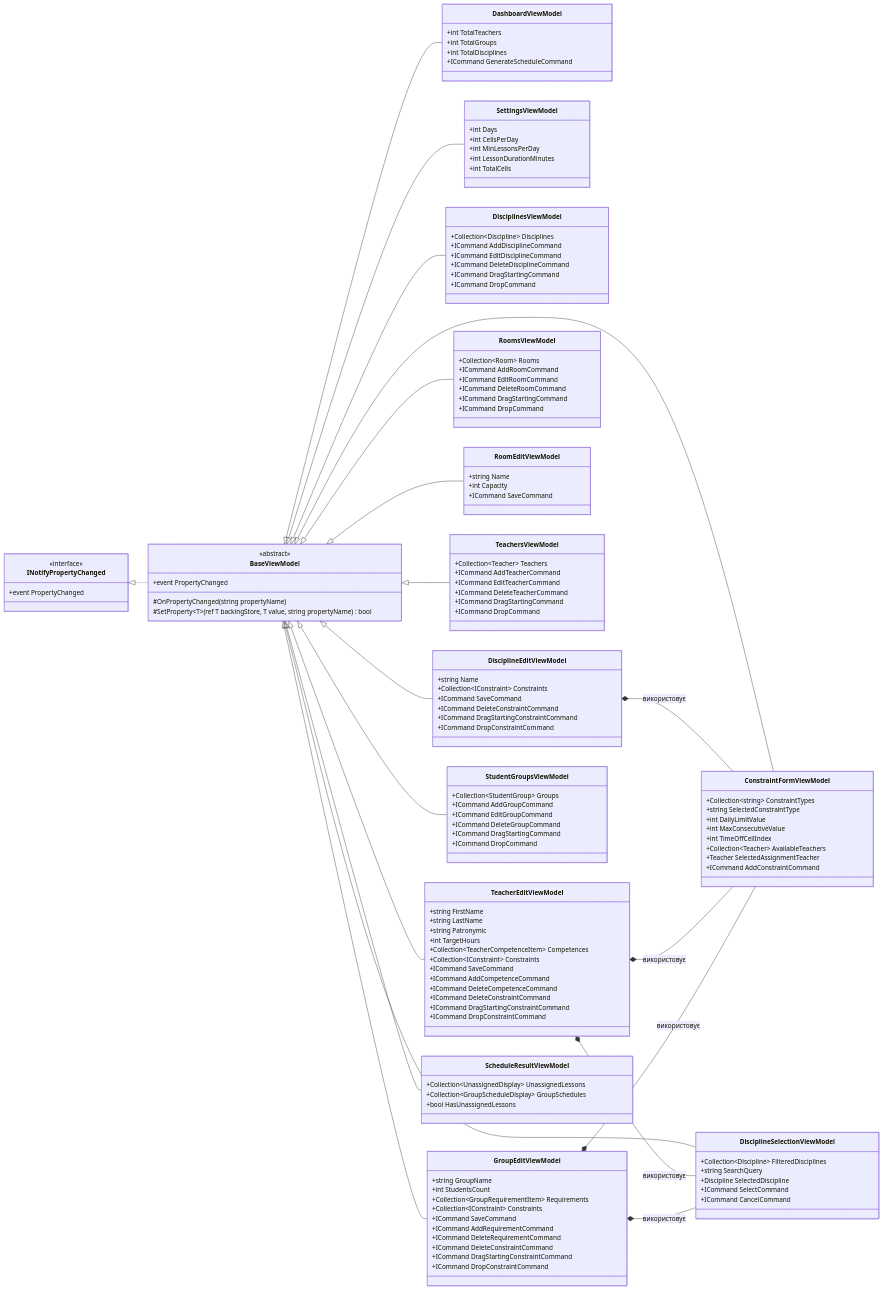
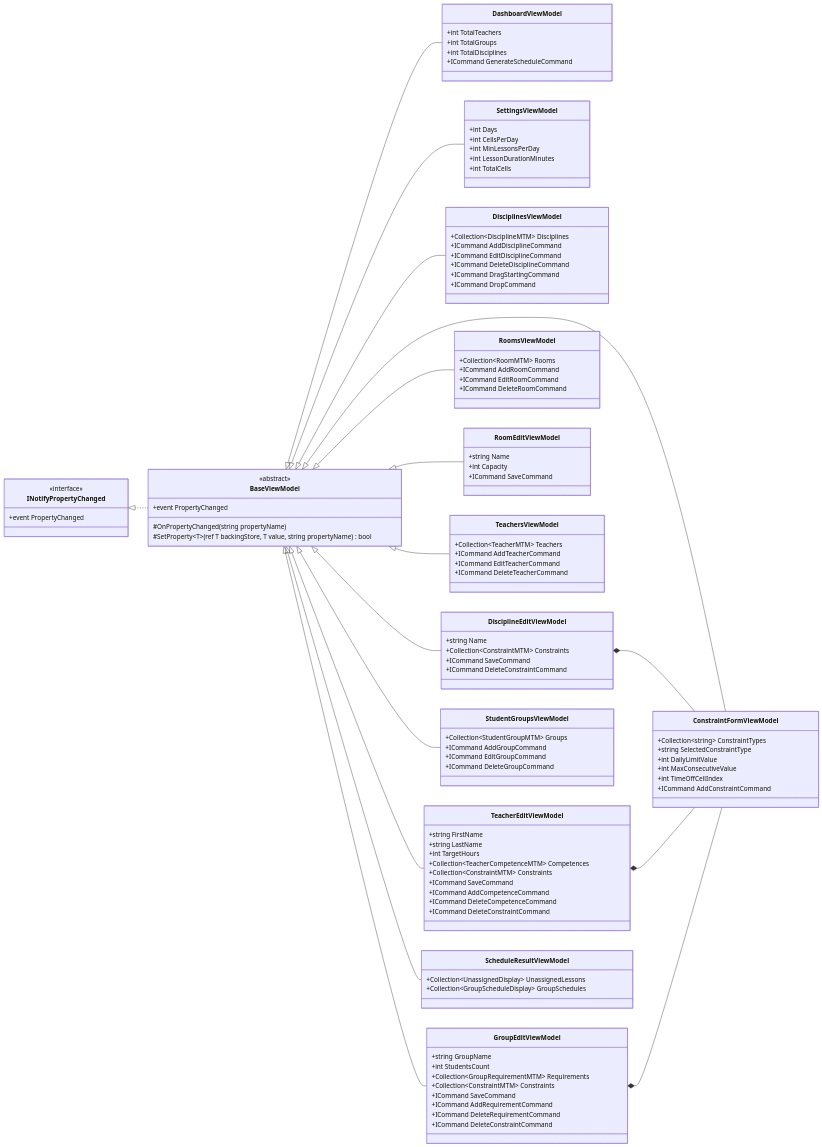
The sixth of 6 diagrams in README.md (WDYT32/Lab1MAUI), drawn with Mermaid before and after one commit. The commit also changed other lines of this file and 42 other files, not shown here.

````diff
--- a/README.md
+++ b/README.md
@@ -292,4 +405,5 @@
 ```mermaid
+%%{init: {'useMaxWidth': false}}%%
 classDiagram
     direction LR
     
@@ -321,7 +435,7 @@
     }
     
     class DisciplinesViewModel {
-        +Collection~Discipline~ Disciplines
+        +Collection~DisciplineMTM~ Disciplines
         +ICommand AddDisciplineCommand
         +ICommand EditDisciplineCommand
         +ICommand DeleteDisciplineCommand
@@ -331,20 +445,16 @@
     
     class DisciplineEditViewModel {
         +string Name
-        +Collection~IConstraint~ Constraints
+        +Collection~ConstraintMTM~ Constraints
         +ICommand SaveCommand
         +ICommand DeleteConstraintCommand
-        +ICommand DragStartingConstraintCommand
-        +ICommand DropConstraintCommand
     }
 
     class RoomsViewModel {
-        +Collection~Room~ Rooms
+        +Collection~RoomMTM~ Rooms
         +ICommand AddRoomCommand
         +ICommand EditRoomCommand
         +ICommand DeleteRoomCommand
-        +ICommand DragStartingCommand
-        +ICommand DropCommand
     }
     
     class RoomEditViewModel {
@@ -354,49 +464,40 @@
     }
 
     class TeachersViewModel {
-        +Collection~Teacher~ Teachers
+        +Collection~TeacherMTM~ Teachers
         +ICommand AddTeacherCommand
         +ICommand EditTeacherCommand
         +ICommand DeleteTeacherCommand
-        +ICommand DragStartingCommand
-        +ICommand DropCommand
     }
     
     class TeacherEditViewModel {
         +string FirstName
         +string LastName
-        +string Patronymic
         +int TargetHours
-        +Collection~TeacherCompetenceItem~ Competences
-        +Collection~IConstraint~ Constraints
+        +Collection~TeacherCompetenceMTM~ Competences
+        +Collection~ConstraintMTM~ Constraints
         +ICommand SaveCommand
         +ICommand AddCompetenceCommand
         +ICommand DeleteCompetenceCommand
         +ICommand DeleteConstraintCommand
-        +ICommand DragStartingConstraintCommand
-        +ICommand DropConstraintCommand
     }
 
     class StudentGroupsViewModel {
-        +Collection~StudentGroup~ Groups
+        +Collection~StudentGroupMTM~ Groups
         +ICommand AddGroupCommand
         +ICommand EditGroupCommand
         +ICommand DeleteGroupCommand
-        +ICommand DragStartingCommand
-        +ICommand DropCommand
     }
     
     class GroupEditViewModel {
         +string GroupName
         +int StudentsCount
-        +Collection~GroupRequirementItem~ Requirements
-        +Collection~IConstraint~ Constraints
+        +Collection~GroupRequirementMTM~ Requirements
+        +Collection~ConstraintMTM~ Constraints
         +ICommand SaveCommand
         +ICommand AddRequirementCommand
         +ICommand DeleteRequirementCommand
         +ICommand DeleteConstraintCommand
-        +ICommand DragStartingConstraintCommand
-        +ICommand DropConstraintCommand
     }
 
     class ConstraintFormViewModel {
@@ -405,23 +506,12 @@
         +int DailyLimitValue
         +int MaxConsecutiveValue
         +int TimeOffCellIndex
-        +Collection~Teacher~ AvailableTeachers
-        +Teacher SelectedAssignmentTeacher
         +ICommand AddConstraintCommand
-    }
-
-    class DisciplineSelectionViewModel {
-        +Collection~Discipline~ FilteredDisciplines
-        +string SearchQuery
-        +Discipline SelectedDiscipline
-        +ICommand SelectCommand
-        +ICommand CancelCommand
     }
 
     class ScheduleResultViewModel {
         +Collection~UnassignedDisplay~ UnassignedLessons
         +Collection~GroupScheduleDisplay~ GroupSchedules
-        +bool HasUnassignedLessons
     }
 
     %% Наслідування від BaseViewModel
@@ -438,14 +528,9 @@
     BaseViewModel <|-- GroupEditViewModel
     BaseViewModel <|-- ScheduleResultViewModel
     BaseViewModel <|-- ConstraintFormViewModel
-    BaseViewModel <|-- DisciplineSelectionViewModel
-
-    %% Композиція та використання компонентів (дочірні ViewModels)
-    DisciplineEditViewModel *-- ConstraintFormViewModel : використовує
     
-    TeacherEditViewModel *-- ConstraintFormViewModel : використовує
-    TeacherEditViewModel *-- DisciplineSelectionViewModel : використовує
-    
-    GroupEditViewModel *-- ConstraintFormViewModel : використовує
-    GroupEditViewModel *-- DisciplineSelectionViewModel : використовує
+    %% Композиція (дочірні ViewModels)
+    DisciplineEditViewModel *-- ConstraintFormViewModel
+    TeacherEditViewModel *-- ConstraintFormViewModel
+    GroupEditViewModel *-- ConstraintFormViewModel
 ```
````
